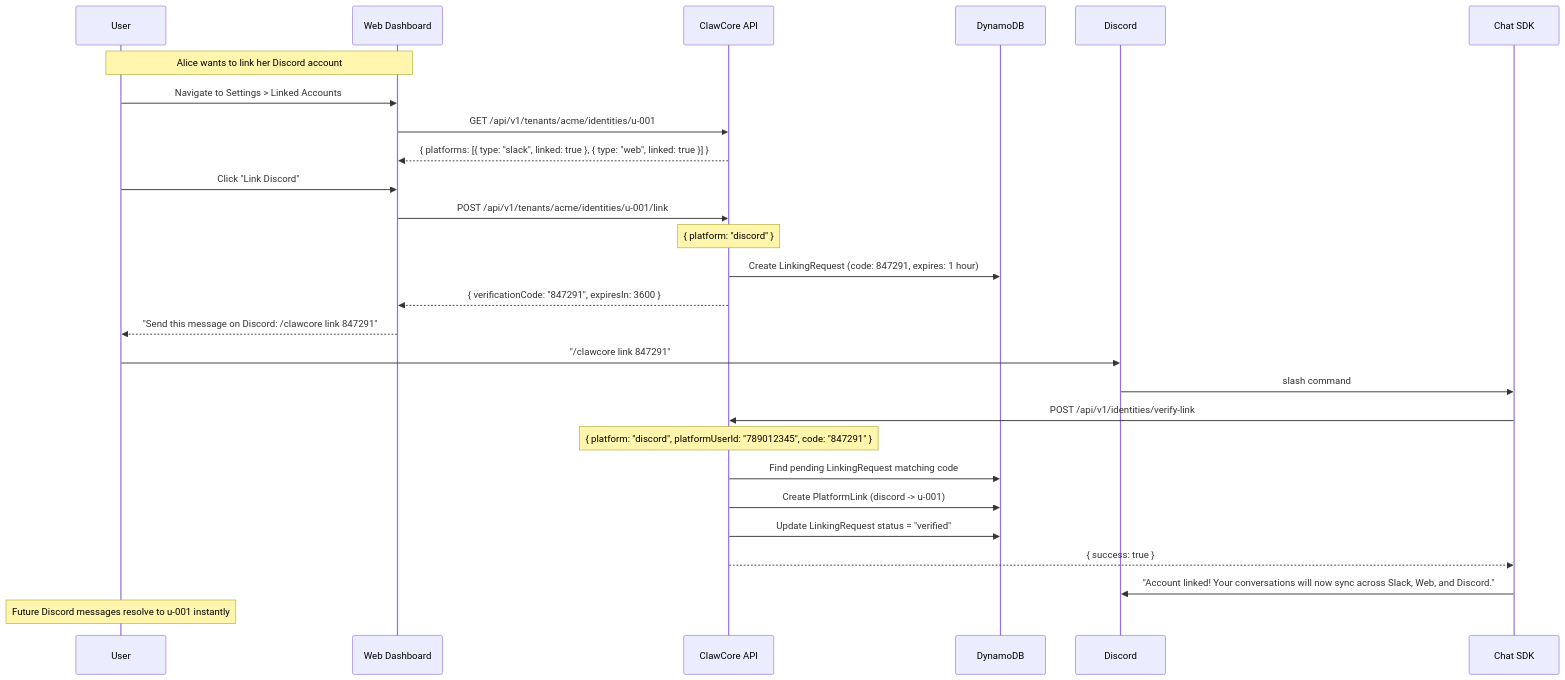
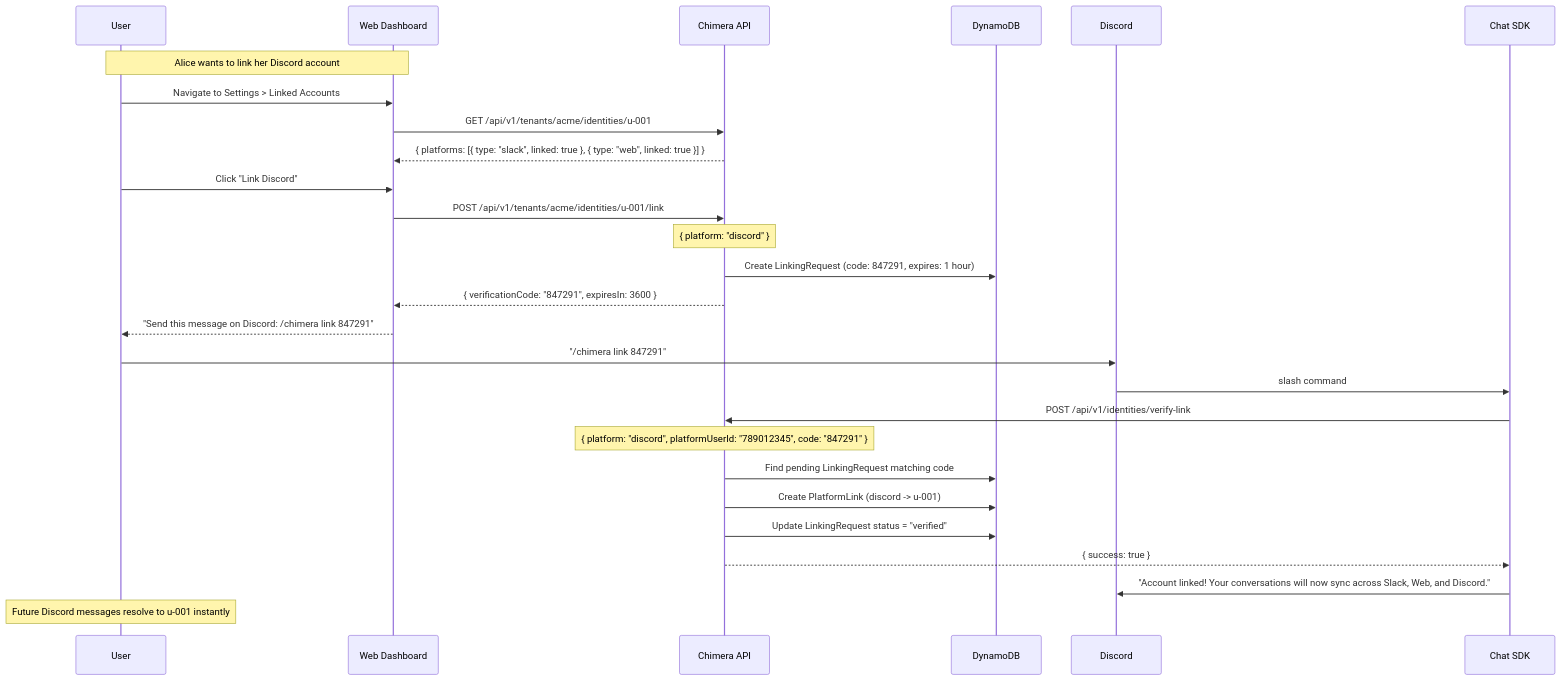
The seventh of 7 diagrams in docs/research/enhancement/03-Cross-Platform-Identity-Chat-Routing.md (Codeseys-Labs/chimera), drawn with Mermaid before and after one commit. The commit also changed other lines of this file and 40 other files, not shown here.

First line of the commit message:
Rename ClawCore → Chimera throughout codebase

````diff
--- a/docs/research/enhancement/03-Cross-Platform-Identity-Chat-Routing.md
+++ b/docs/research/enhancement/03-Cross-Platform-Identity-Chat-Routing.md
@@ -2069,34 +2069,34 @@
 ```mermaid
 sequenceDiagram
     participant U as User
     participant W as Web Dashboard
-    participant API as ClawCore API
+    participant API as Chimera API
     participant DB as DynamoDB
     participant D as Discord
     participant Bot as Chat SDK
 
     Note over U,W: Alice wants to link her Discord account
 
     U->>W: Navigate to Settings > Linked Accounts
     W->>API: GET /api/v1/tenants/acme/identities/u-001
     API-->>W: { platforms: [{ type: "slack", linked: true }, { type: "web", linked: true }] }
 
     U->>W: Click "Link Discord"
     W->>API: POST /api/v1/tenants/acme/identities/u-001/link
     Note over API: { platform: "discord" }
     API->>DB: Create LinkingRequest (code: 847291, expires: 1 hour)
     API-->>W: { verificationCode: "847291", expiresIn: 3600 }
-    W-->>U: "Send this message on Discord: /clawcore link 847291"
+    W-->>U: "Send this message on Discord: /chimera link 847291"
 
-    U->>D: "/clawcore link 847291"
+    U->>D: "/chimera link 847291"
     D->>Bot: slash command
     Bot->>API: POST /api/v1/identities/verify-link
     Note over API: { platform: "discord", platformUserId: "789012345", code: "847291" }
     API->>DB: Find pending LinkingRequest matching code
     API->>DB: Create PlatformLink (discord -> u-001)
     API->>DB: Update LinkingRequest status = "verified"
     API-->>Bot: { success: true }
     Bot->>D: "Account linked! Your conversations will now sync across Slack, Web, and Discord."
 
     Note over U: Future Discord messages resolve to u-001 instantly
 ```
````
